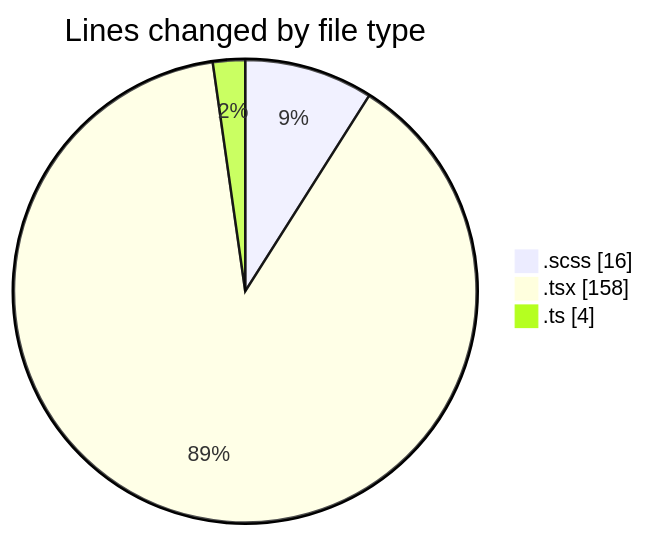
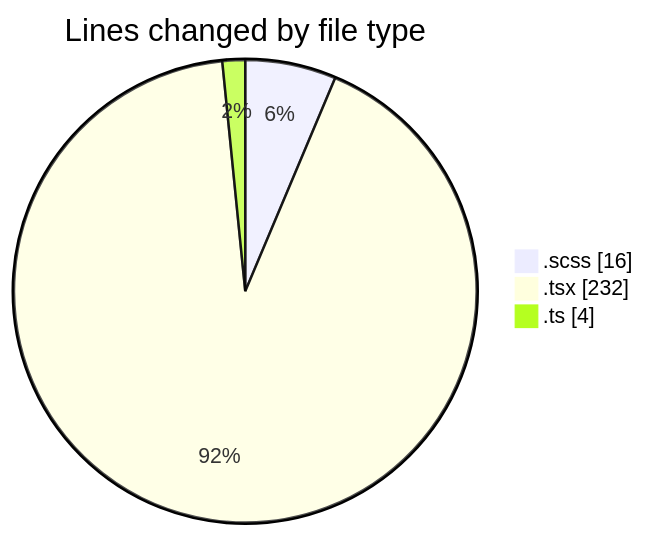
Before and after one commit to momahboobian/code-tracking: the first of 2 diagrams in 2025-02-27/cda/README.md, drawn with Mermaid. The commit also changed other lines of this file and 1 other file, not shown here.

````diff
--- a/2025-02-27/cda/README.md
+++ b/2025-02-27/cda/README.md
@@ -24,7 +25,7 @@
 ```mermaid
 pie showData
 title Lines changed by file type
 ".scss" : 16
-".tsx" : 158
+".tsx" : 232
 ".ts" : 4
 ```
````
